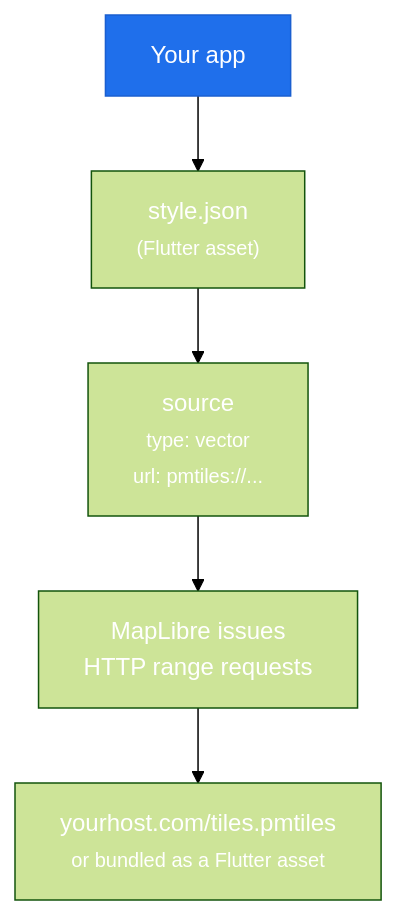
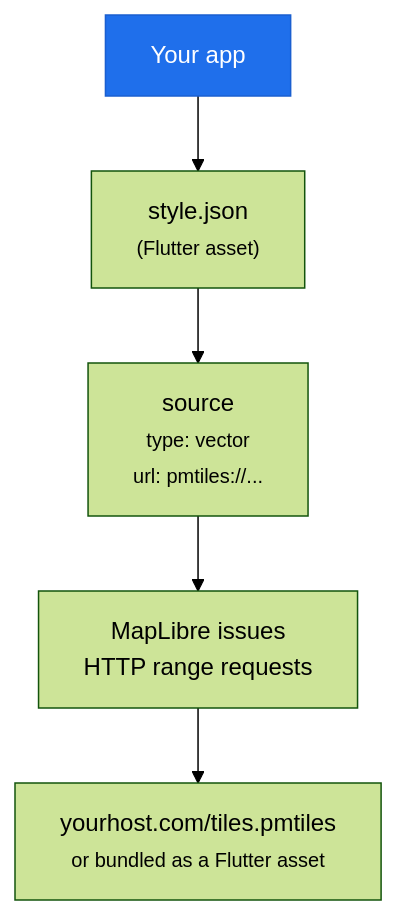
The diagram in website/docs/advanced/pmtiles.md (maplibre/flutter-maplibre-gl), drawn with Mermaid (forest theme) before and after one commit. The commit also changed 364 other files, not shown here.

````diff
--- a/website/docs/advanced/pmtiles.md
+++ b/website/docs/advanced/pmtiles.md
@@ -34,10 +34,10 @@
 ```mermaid
 flowchart TD
     APP["Your app"] --> STYLE["style.json<br/><small>(Flutter asset)</small>"]
     STYLE --> SRC["source<br/><small>type: vector<br/>url: pmtiles://...</small>"]
     SRC --> RANGE["MapLibre issues<br/>HTTP range requests"]
     RANGE --> HOST["yourhost.com/tiles.pmtiles<br/><small>or bundled as a Flutter asset</small>"]
 
-    classDef root fill:#1f6feb,stroke:#1a5fd0,color:#fff;
-    class APP root
+    classDef emphasis fill:#1f6feb,stroke:#1a5fd0,color:#fff;
+    class APP emphasis
 ```
````
